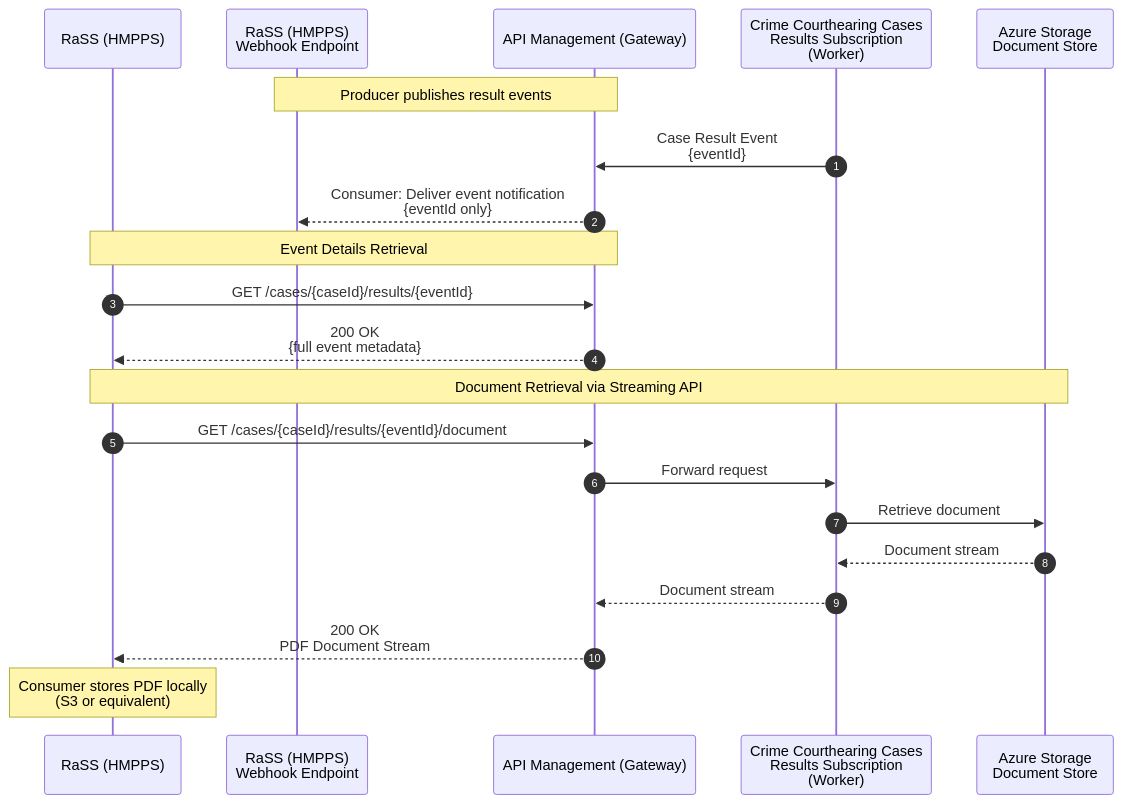
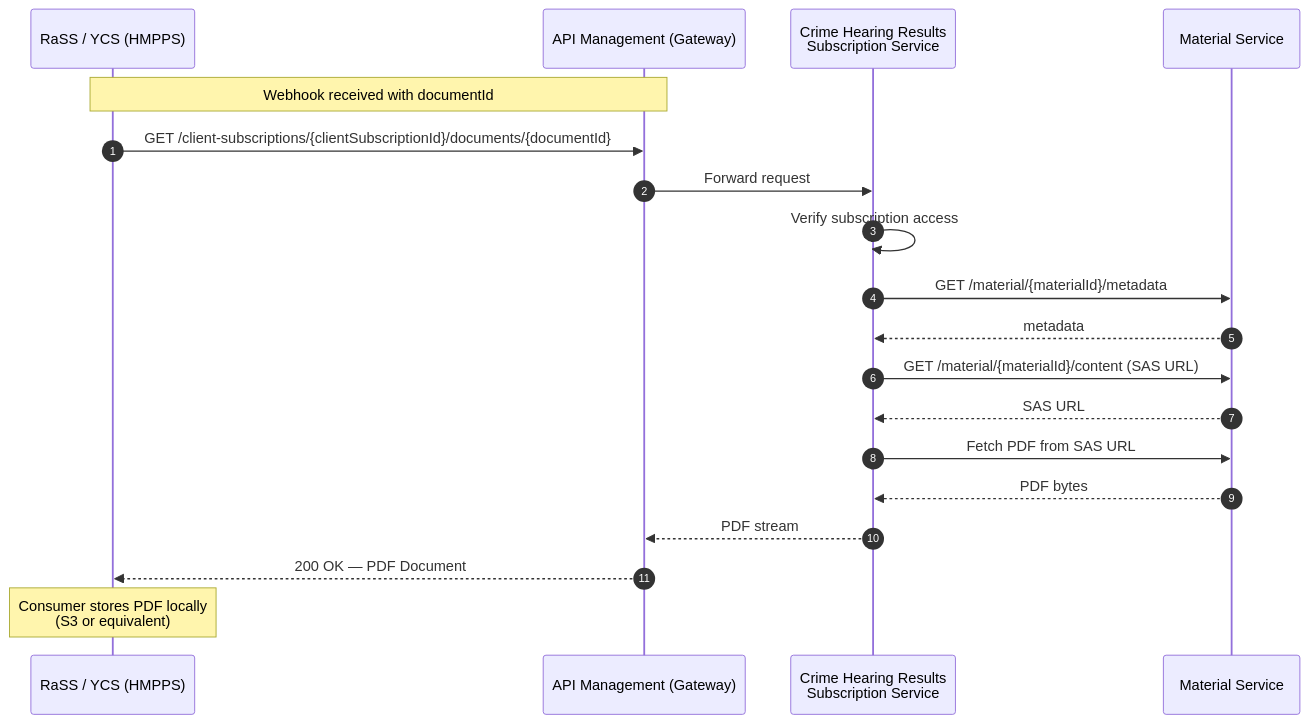
Before and after one commit to hmcts/api-cp-crime-courthearing-cases-eventtype-subscription: the third of 4 diagrams in docs/NOTIFICATION_REQUIREMENTS.md, drawn with Mermaid. The commit also changed other lines of this file and 3 other files, not shown here.

````diff
--- a/docs/NOTIFICATION_REQUIREMENTS.md
+++ b/docs/NOTIFICATION_REQUIREMENTS.md
@@ -205,32 +210,26 @@
 ```mermaid
 
 sequenceDiagram
     autonumber
 
-    participant Consumer as RaSS (HMPPS)
-    participant Webhook as RaSS (HMPPS)<br/>Webhook Endpoint
+    participant Consumer as RaSS / YCS (HMPPS)
     participant APIM as API Management (Gateway)
-    participant CCRS as Crime Courthearing Cases<br/>Results Subscription<br/>(Worker)
-    participant DocStore as Azure Storage<br/>Document Store
+    participant CCRS as Crime Hearing Results<br/>Subscription Service
+    participant MS as Material Service
 
-    Note over APIM,Webhook: Producer publishes result events
-    CCRS->>APIM: Case Result Event<br/>{eventId}
+    Note over APIM,Consumer: Webhook received with documentId
 
-    APIM-->>Webhook: Consumer: Deliver event notification<br/>{eventId only}
-
-    Note over Consumer,APIM: Event Details Retrieval
-
-    Consumer->>APIM: GET /cases/{caseId}/results/{eventId}
-    APIM-->>Consumer: 200 OK<br/>{full event metadata}
-
-    Note over Consumer,DocStore: Document Retrieval via Streaming API
-
-    Consumer->>APIM: GET /cases/{caseId}/results/{eventId}/document
+    Consumer->>APIM: GET /client-subscriptions/{clientSubscriptionId}/documents/{documentId}
     APIM->>CCRS: Forward request
-    CCRS->>DocStore: Retrieve document
-    DocStore-->>CCRS: Document stream
-    CCRS-->>APIM: Document stream
-    APIM-->>Consumer: 200 OK<br/>PDF Document Stream
+    CCRS->>CCRS: Verify subscription access
+    CCRS->>MS: GET /material/{materialId}/metadata
+    MS-->>CCRS: metadata
+    CCRS->>MS: GET /material/{materialId}/content (SAS URL)
+    MS-->>CCRS: SAS URL
+    CCRS->>MS: Fetch PDF from SAS URL
+    MS-->>CCRS: PDF bytes
+    CCRS-->>APIM: PDF stream
+    APIM-->>Consumer: 200 OK — PDF Document
 
     Note over Consumer: Consumer stores PDF locally<br/>(S3 or equivalent)
 ```
````
